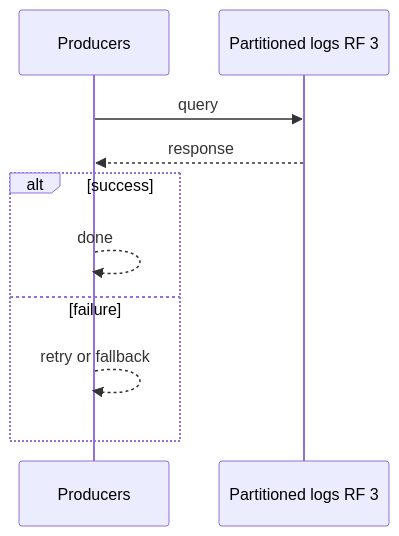
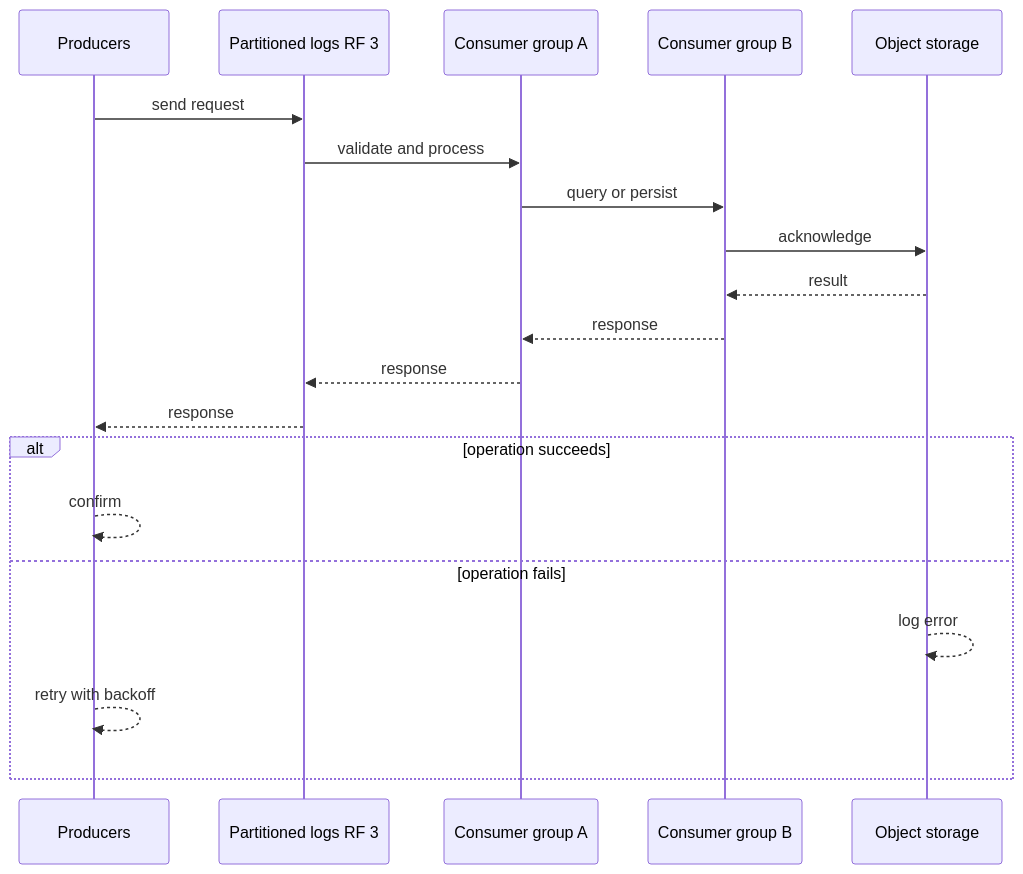
One commit to RIT-MESH/system-design-mastery changed the second of 4 diagrams in case-studies/advanced/message-broker.md. Above: the diagram before and after it, drawn with Mermaid. The commit also changed other lines of this file and 64 other files, not shown here.

````diff
--- a/case-studies/advanced/message-broker.md
+++ b/case-studies/advanced/message-broker.md
@@ -77,13 +64,23 @@
 ```mermaid
 %% created-for: system-design-mastery
 sequenceDiagram
-  participant P0 as Producers
-  participant P1 as Partitioned logs RF 3
-  P0 ->> P1: query
-  P1 -->> P0: response
-  alt success
-    P0 -->> P0: done
-  else failure
-    P0 -->> P0: retry or fallback
+  participant C0 as Producers
+  participant C1 as Partitioned logs RF 3
+  participant C2 as Consumer group A
+  participant C3 as Consumer group B
+  participant C4 as Object storage
+  C0 ->> C1: send request
+  C1 ->> C2: validate and process
+  C2 ->> C3: query or persist
+  C3 ->> C4: acknowledge
+  C4 -->> C3: result
+  C3 -->> C2: response
+  C2 -->> C1: response
+  C1 -->> C0: response
+  alt operation succeeds
+    C0 -->> C0: confirm
+  else operation fails
+    C4 -->> C4: log error
+    C0 -->> C0: retry with backoff
   end
 ```
````
